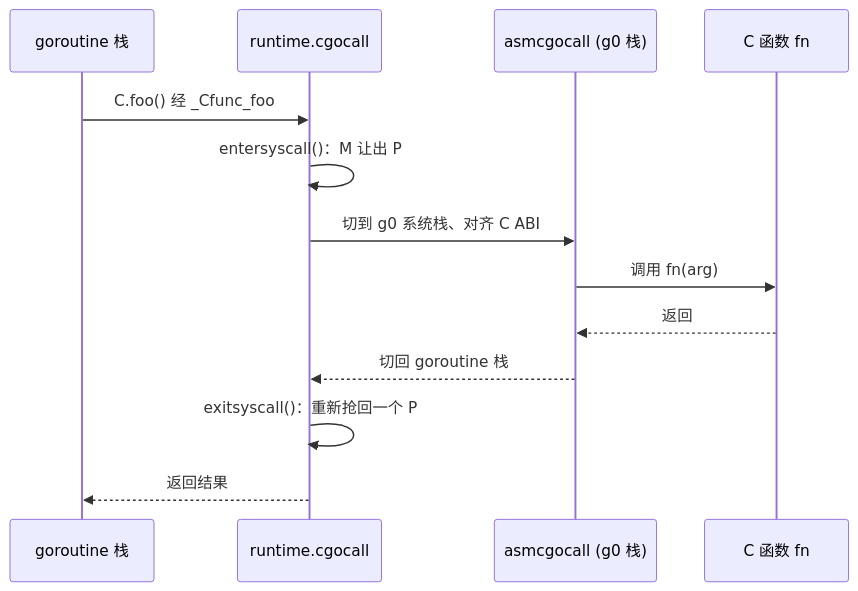
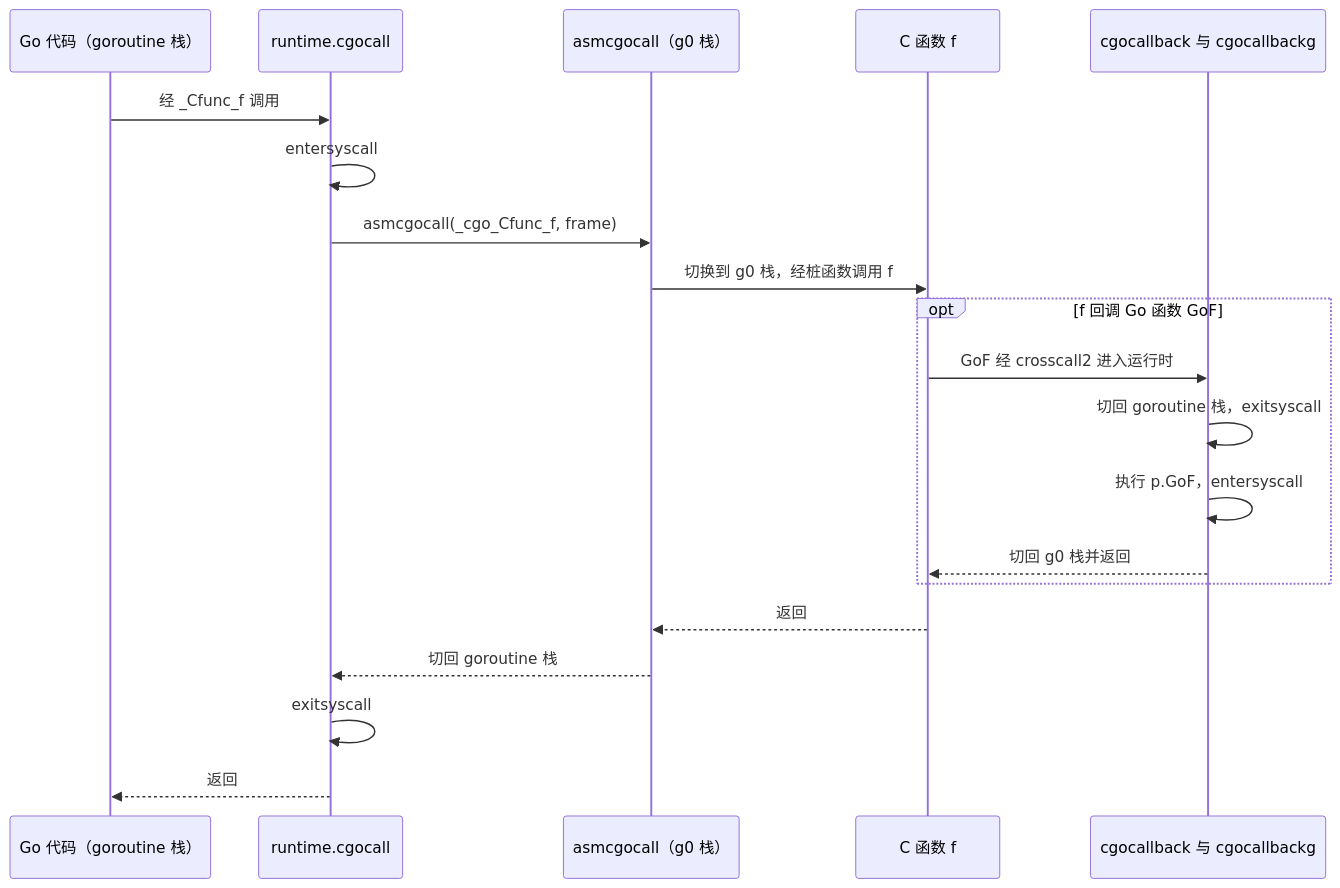
One commit to golang-design/under-the-hood changed the diagram in book/zh-cn/part5toolchain/ch15compile/cgo.md. Above: the diagram before and after it, drawn with Mermaid. The commit also changed other lines of this file and 7 other files, not shown here.

````diff
--- a/book/zh-cn/part5toolchain/ch15compile/cgo.md
+++ b/book/zh-cn/part5toolchain/ch15compile/cgo.md
@@ -86,15 +253,22 @@
 ```mermaid
 sequenceDiagram
-    participant G as goroutine 栈
+    participant G as Go 代码（goroutine 栈）
     participant RT as runtime.cgocall
-    participant ASM as asmcgocall (g0 栈)
-    participant C as C 函数 fn
-    G->>RT: C.foo() 经 _Cfunc_foo
-    RT->>RT: entersyscall()：M 让出 P
-    RT->>ASM: 切到 g0 系统栈、对齐 C ABI
-    ASM->>C: 调用 fn(arg)
-    C-->>ASM: 返回
-    ASM-->>RT: 切回 goroutine 栈
-    RT->>RT: exitsyscall()：重新抢回一个 P
-    RT-->>G: 返回结果
+    participant A as asmcgocall（g0 栈）
+    participant C as C 函数 f
+    participant CB as cgocallback 与 cgocallbackg
+    G->>RT: 经 _Cfunc_f 调用
+    RT->>RT: entersyscall
+    RT->>A: asmcgocall(_cgo_Cfunc_f, frame)
+    A->>C: 切换到 g0 栈，经桩函数调用 f
+    opt f 回调 Go 函数 GoF
+        C->>CB: GoF 经 crosscall2 进入运行时
+        CB->>CB: 切回 goroutine 栈，exitsyscall
+        CB->>CB: 执行 p.GoF，entersyscall
+        CB-->>C: 切回 g0 栈并返回
+    end
+    C-->>A: 返回
+    A-->>RT: 切回 goroutine 栈
+    RT->>RT: exitsyscall
+    RT-->>G: 返回
 ```
````
